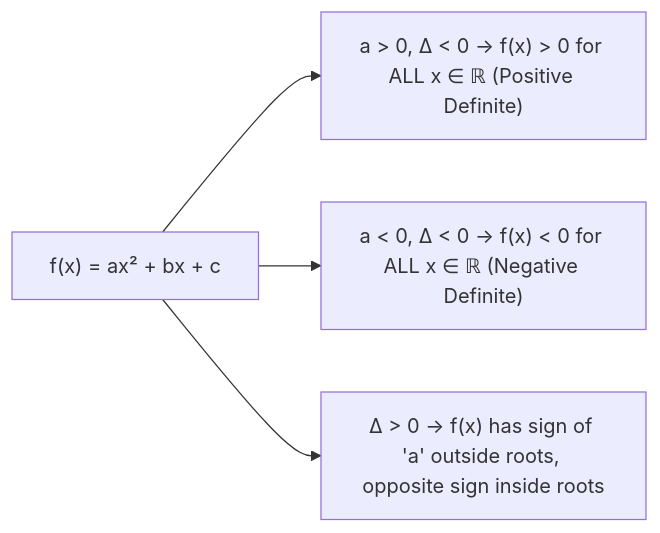
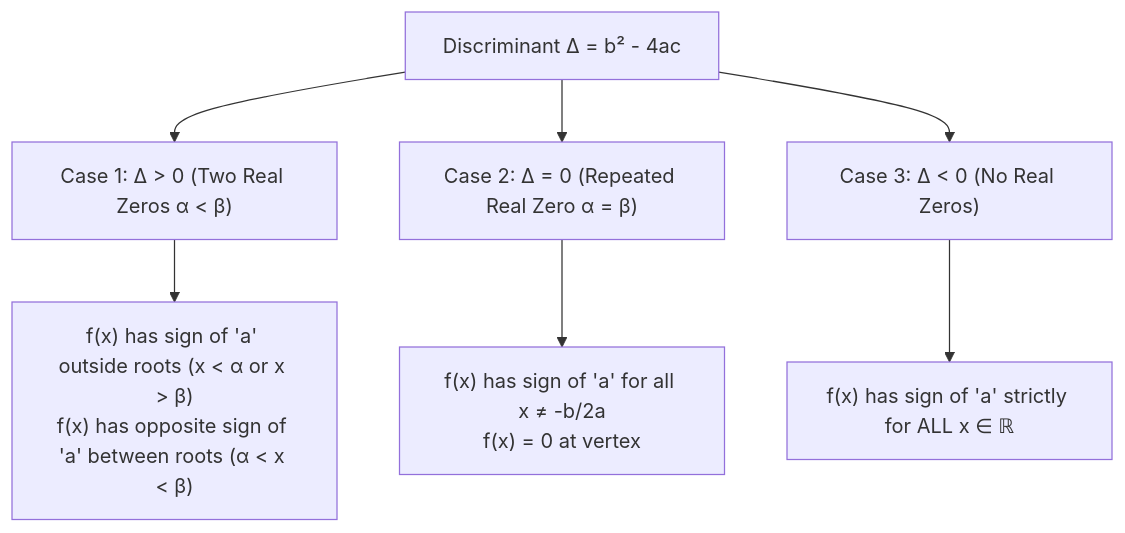
The first of 2 diagrams in 01 - Maths/Lesson 03 - Quadratic Functions & Equations.md (zenyyxz/Zen_dx-Notes), drawn with Mermaid before and after one commit. The commit also changed other lines of this file and 10 other files, not shown here.

````diff
--- a/01 - Maths/Lesson 03 - Quadratic Functions & Equations.md
+++ b/01 - Maths/Lesson 03 - Quadratic Functions & Equations.md
@@ -42,6 +52,9 @@
 ```mermaid
-graph LR
-    Quad["f(x) = ax² + bx + c"] --> Case1["a > 0, Δ < 0 → f(x) > 0 for ALL x ∈ ℝ (Positive Definite)"]
-    Quad --> Case2["a < 0, Δ < 0 → f(x) < 0 for ALL x ∈ ℝ (Negative Definite)"]
-    Quad --> Case3["Δ > 0 → f(x) has sign of 'a' outside roots, opposite sign inside roots"]
+graph TD
+    Discriminant["Discriminant Δ = b² - 4ac"] --> D_Pos["Case 1: Δ > 0 (Two Real Zeros α < β)"]
+    Discriminant --> D_Zero["Case 2: Δ = 0 (Repeated Real Zero α = β)"]
+    Discriminant --> D_Neg["Case 3: Δ < 0 (No Real Zeros)"]
+    D_Pos --> S_Pos["f(x) has sign of 'a' outside roots (x < α or x > β)<br>f(x) has opposite sign of 'a' between roots (α < x < β)"]
+    D_Zero --> S_Zero["f(x) has sign of 'a' for all x ≠ -b/2a<br>f(x) = 0 at vertex"]
+    D_Neg --> S_Neg["f(x) has sign of 'a' strictly for ALL x ∈ ℝ"]
 ```
````
